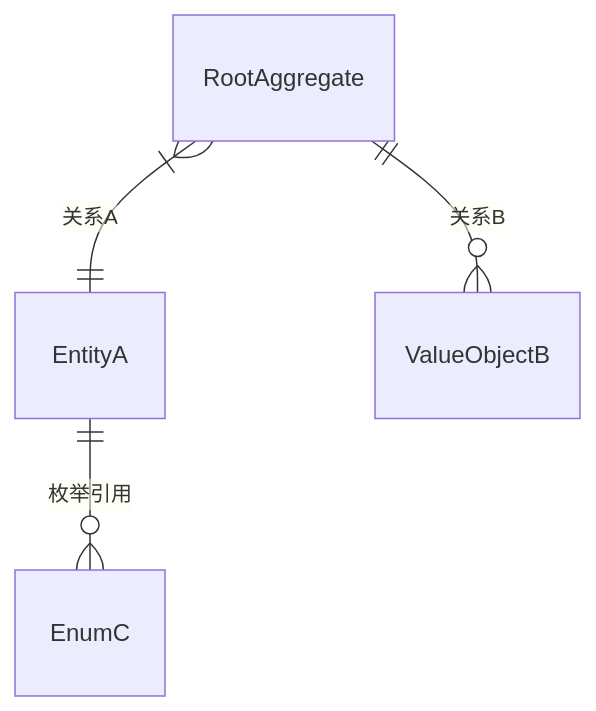
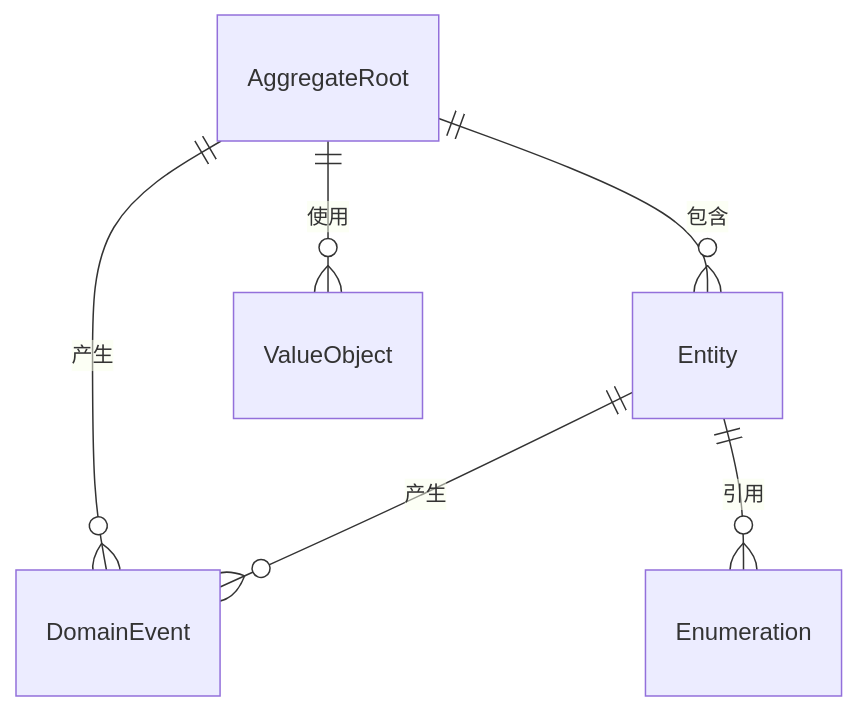
One commit to oleewen/ai-master changed the second of 7 diagrams in .claude/rules/design/design-template.md. Above: the diagram before and after it, drawn with Mermaid. The commit also changed other lines of this file and 1 other file, not shown here.

````diff
--- a/.claude/rules/design/design-template.md
+++ b/.claude/rules/design/design-template.md
@@ -46,6 +62,8 @@
 ```mermaid
 erDiagram
-    RootAggregate }|--|| EntityA : "关系A"
-    RootAggregate ||--o{ ValueObjectB : "关系B"
-    EntityA ||--o{ EnumC : "枚举引用"
+    AggregateRoot ||--o{ Entity : "包含"
+    AggregateRoot ||--o{ ValueObject : "使用"
+    Entity ||--o{ DomainEvent : "产生"
+    AggregateRoot ||--o{ DomainEvent : "产生"
+    Entity ||--o{ Enumeration : "引用"
 ```
````
